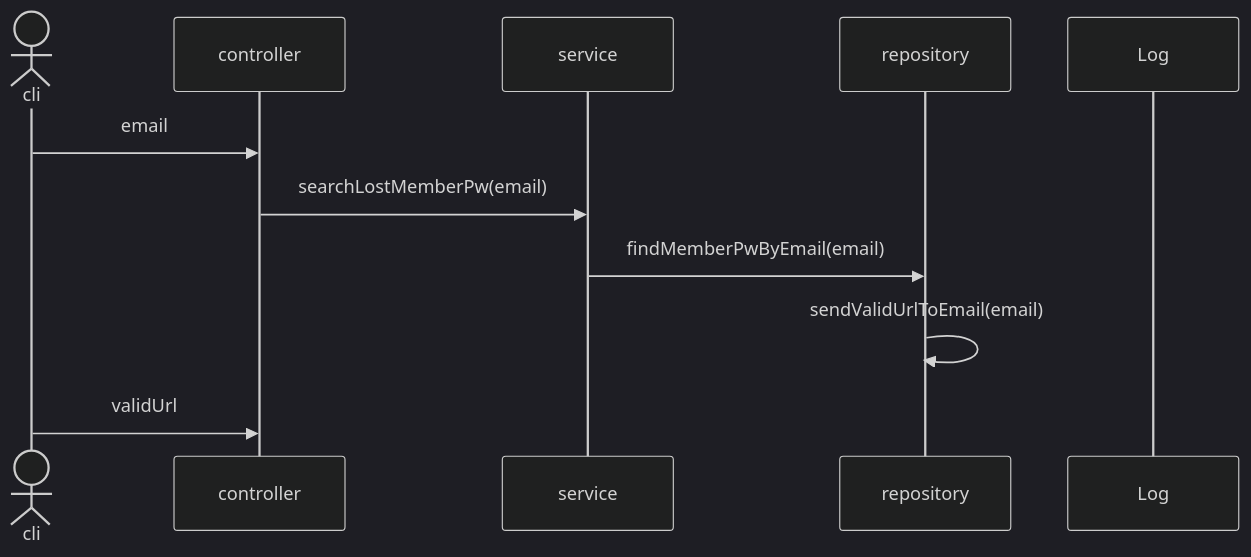
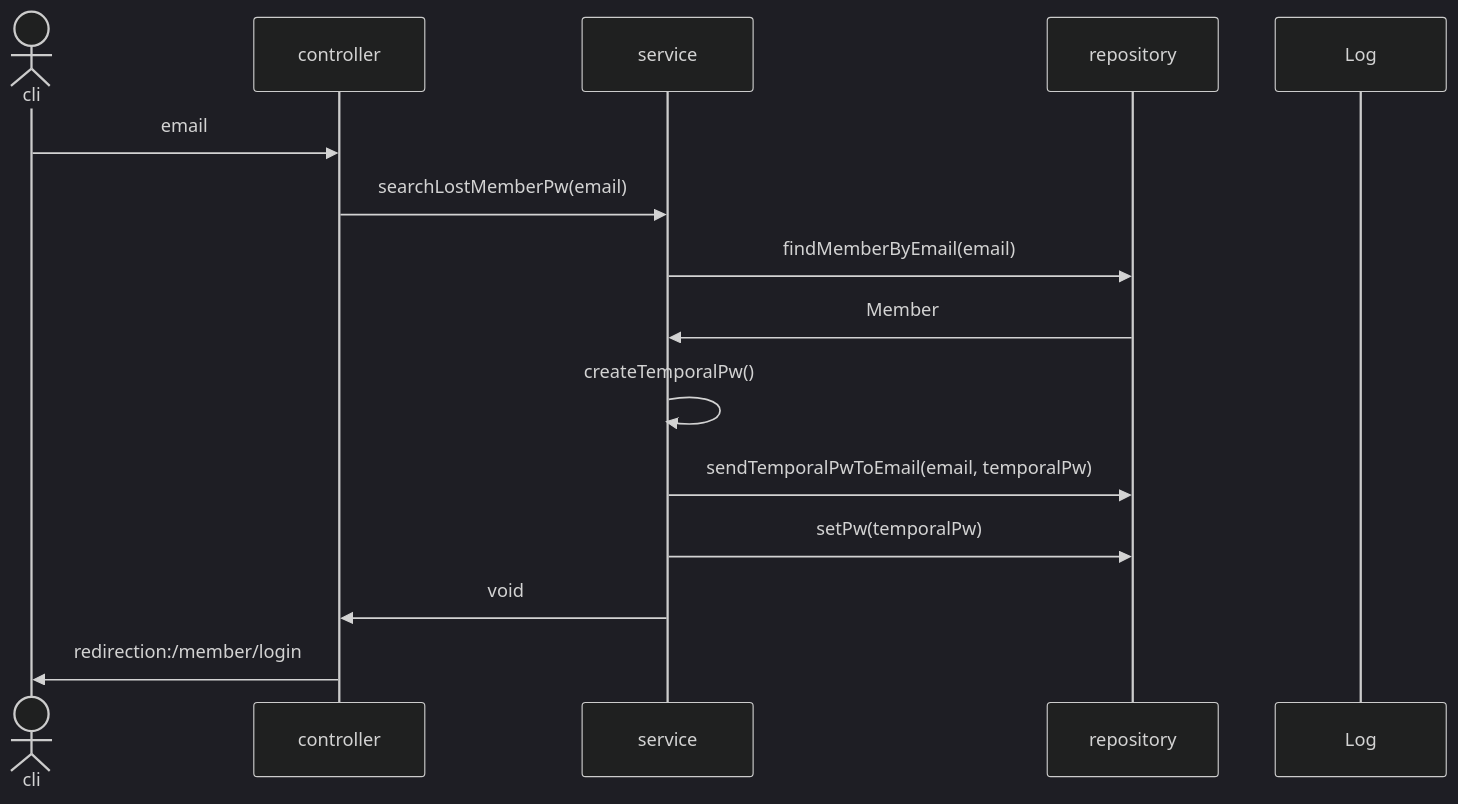
Before and after one commit to mtak0235/snsX: diagram 14 of 31 in sequence.md, drawn with Mermaid (dark theme). The commit also changed other lines of this file, not shown here.

Commit message:
searchLostMemberPw sequence diagram

````diff
--- a/sequence.md
+++ b/sequence.md
@@ -292,14 +292,18 @@
 ```mermaid
 sequenceDiagram
 actor cli
 participant c as controller
 participant s as service
 participant r as repository
 participant l as Log
 
 cli->>c: email
 c->>s: searchLostMemberPw(email)
-s->>r: findMemberPwByEmail(email)
-r->>r: sendValidUrlToEmail(email)
-cli->>c: validUrl
+s->>r: findMemberByEmail(email)
+r->>s: Member
+s->>s: createTemporalPw()
+s->>r: sendTemporalPwToEmail(email, temporalPw)
+s->>r: setPw(temporalPw)
+s->>c: void
+c->>cli: redirection:/member/login
 ```
````
